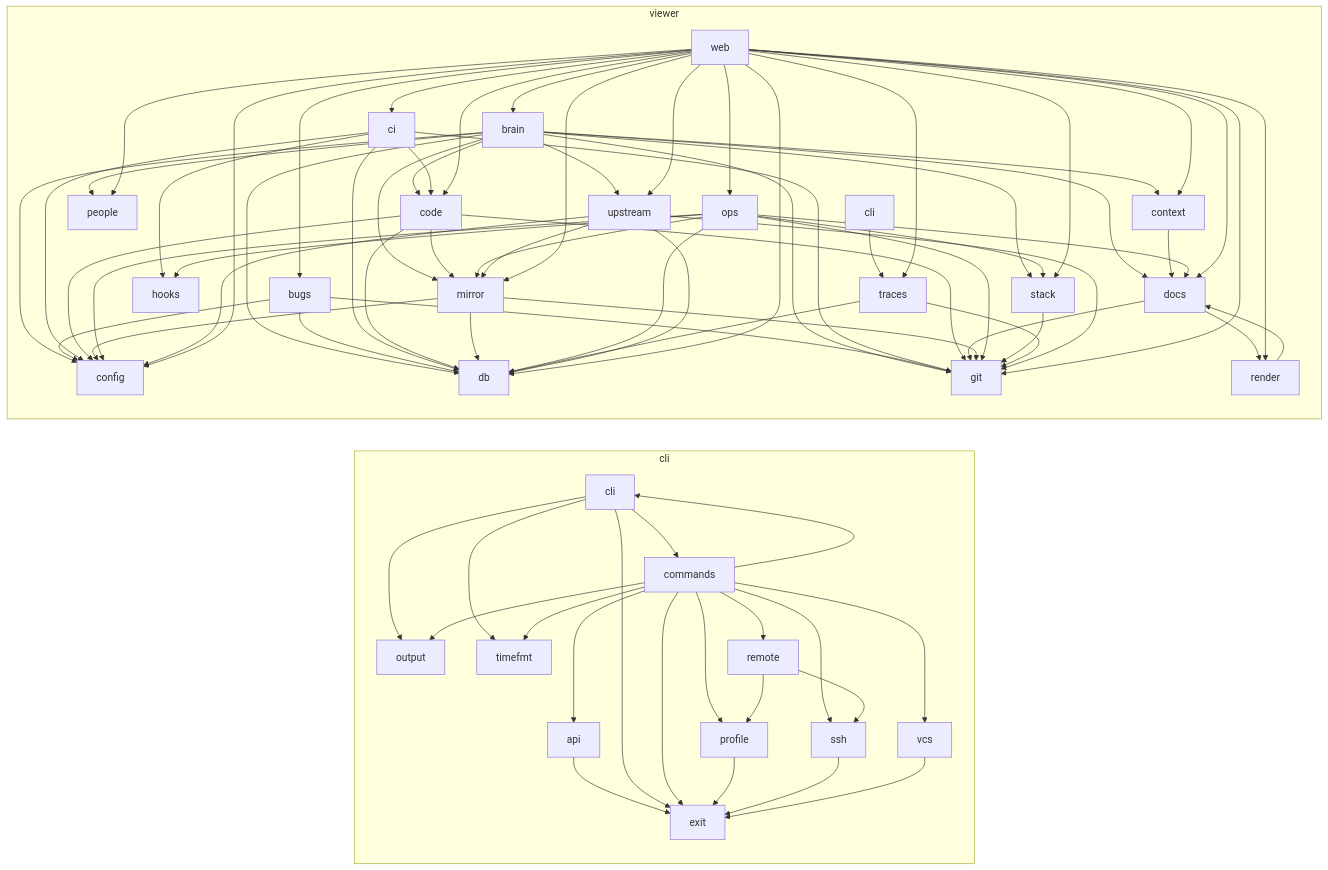
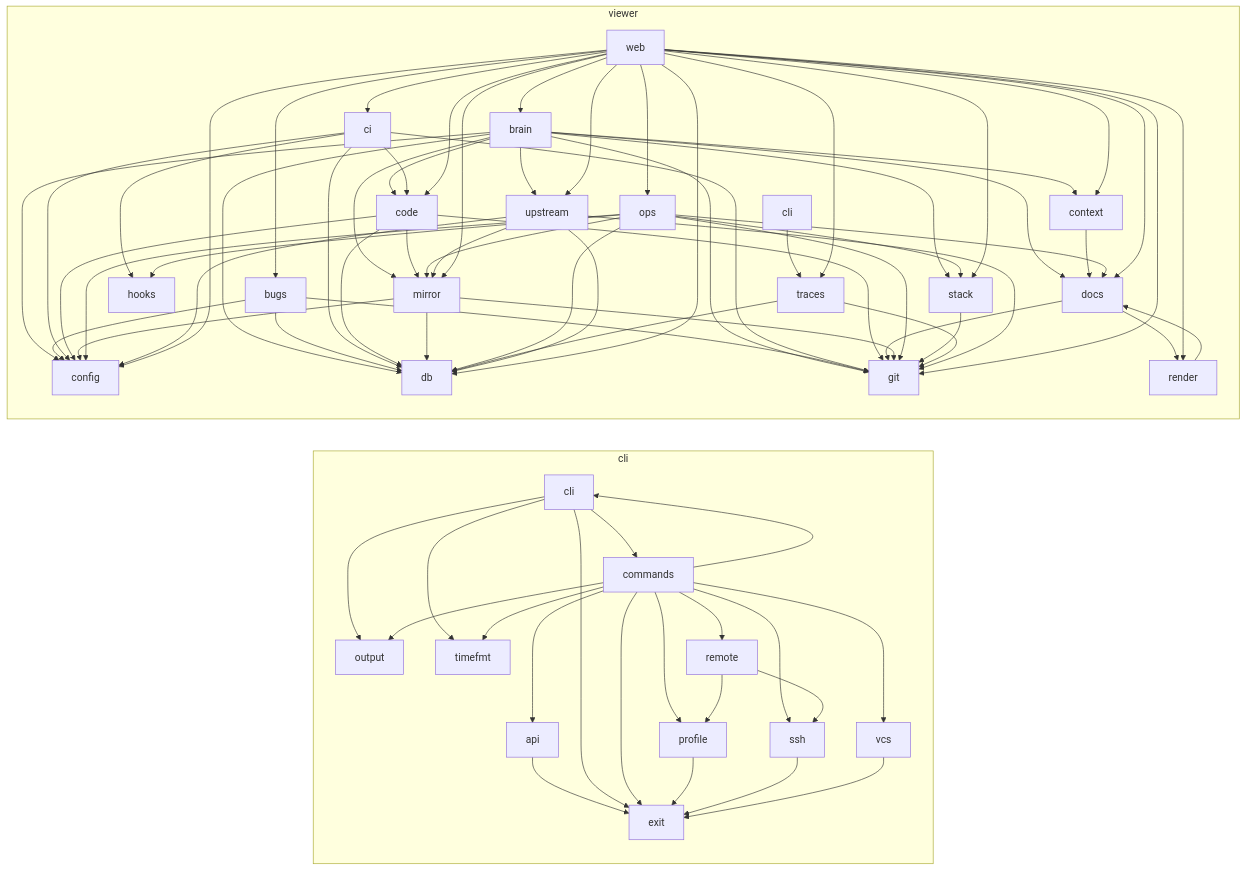
One commit to matthiasdebernardini/nashcode changed the second of 2 diagrams in ARCHITECTURE.md. Above: the diagram before and after it, drawn with Mermaid. The commit also changed 1 other file, not shown here.

Commit message:
SPEC: people — iMessage matches emails as handles too, and waits for the file
Claude-Session: https://claude.ai/code/session_011M4r9BcekQXcyEyVvE33Y6

```diff
--- a/ARCHITECTURE.md
+++ b/ARCHITECTURE.md
@@ -84,7 +84,6 @@
     viewer_hooks[hooks]
     viewer_mirror[mirror]
     viewer_ops[ops]
-    viewer_people[people]
     viewer_render[render]
     viewer_stack[stack]
     viewer_traces[traces]
@@ -98,7 +97,6 @@
   viewer_brain --> viewer_docs
   viewer_brain --> viewer_git
   viewer_brain --> viewer_mirror
-  viewer_brain --> viewer_people
   viewer_brain --> viewer_stack
   viewer_brain --> viewer_upstream
   viewer_bugs --> viewer_config
@@ -146,7 +144,6 @@
   viewer_web --> viewer_git
   viewer_web --> viewer_mirror
   viewer_web --> viewer_ops
-  viewer_web --> viewer_people
   viewer_web --> viewer_render
   viewer_web --> viewer_stack
   viewer_web --> viewer_traces
```
